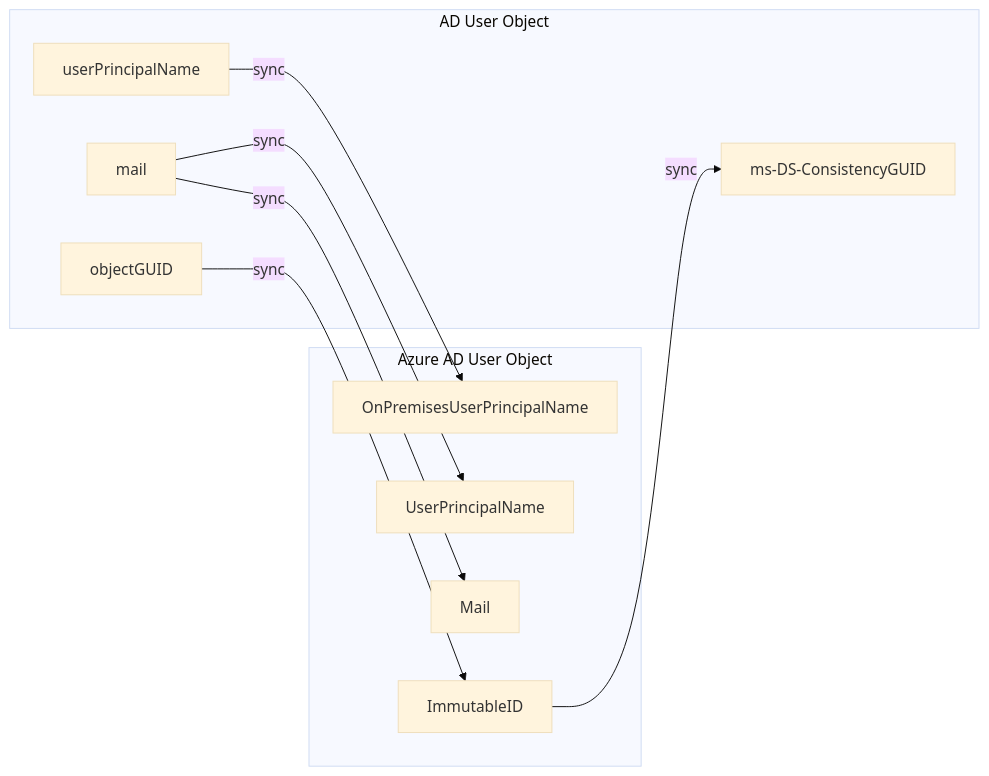
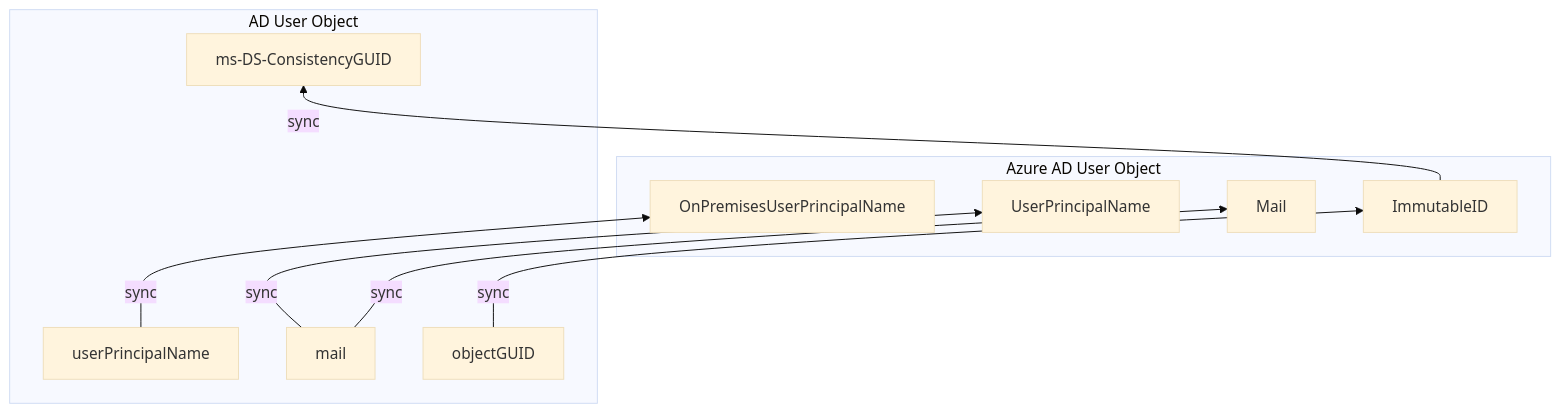
The diagram in doc/AAD-CertificateBasedAuthentication-DODPKI.md (amasse3/AzureAD-Baseline-MLZ), drawn with Mermaid (base theme) before and after one commit.

`````diff
--- a/doc/AAD-CertificateBasedAuthentication-DODPKI.md
+++ b/doc/AAD-CertificateBasedAuthentication-DODPKI.md
@@ -28,21 +28,21 @@
 ````mermaid
-flowchart LR
+flowchart BT
     subgraph Azure AD User Object
     UserPrincipalName
     OnPremisesUserPrincipalName
     Mail
     ImmutableID
     end
     subgraph AD User Object
     userPrincipalName
     mail
     objectGUID
     ms-DS-ConsistencyGUID
     end
     ImmutableID--sync-->ms-DS-ConsistencyGUID
     userPrincipalName--sync-->OnPremisesUserPrincipalName
     mail--sync-->UserPrincipalName
     mail--sync-->Mail
     objectGUID--sync-->ImmutableID
     
 ````
`````
